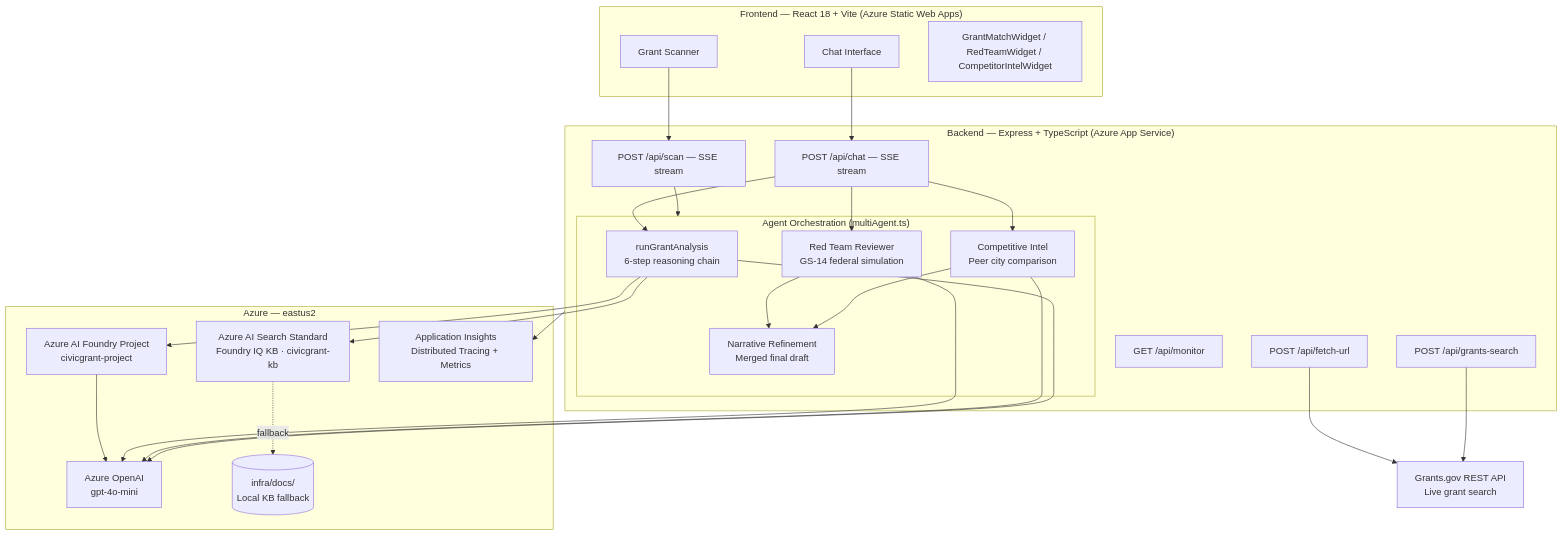
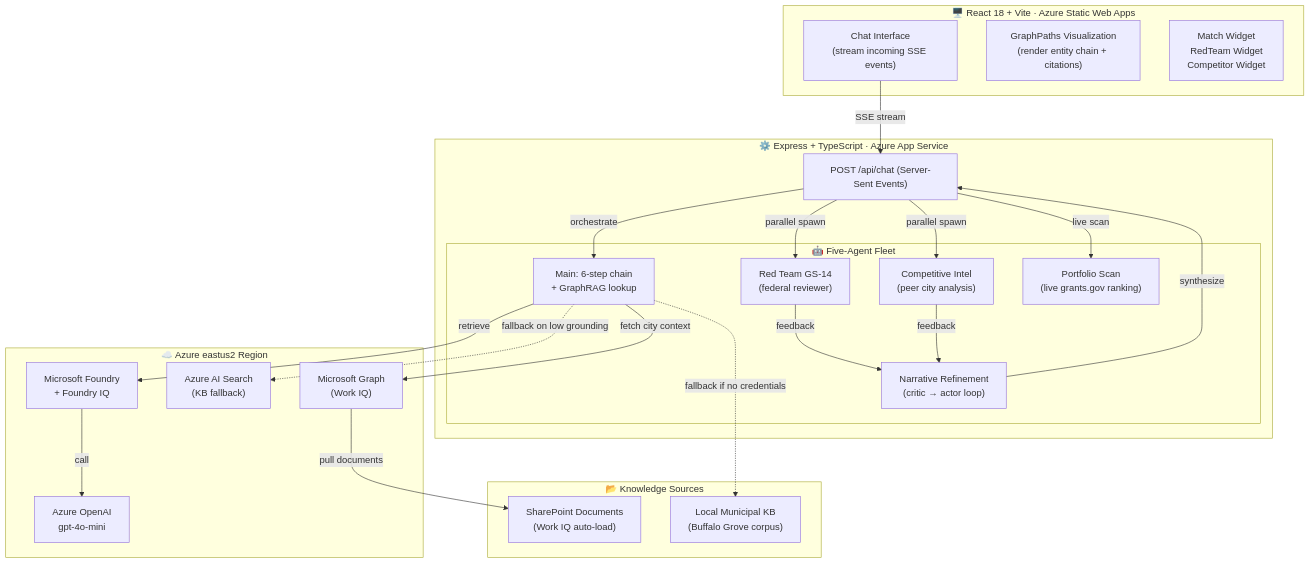
The diagram in README.md (JonEricEubanks/CivicGrant-IQ), drawn with Mermaid before and after one commit. The commit also changed other lines of this file and 66 other files, not shown here.

````diff
--- a/README.md
+++ b/README.md
@@ -59,48 +214,46 @@
 ```mermaid
 graph TD
-    subgraph Frontend["Frontend — React 18 + Vite (Azure Static Web Apps)"]
-        UI[Chat Interface]
-        Scanner[Grant Scanner]
-        Widgets[GrantMatchWidget / RedTeamWidget / CompetitorIntelWidget]
+    subgraph Frontend["🖥️ React 18 + Vite · Azure Static Web Apps"]
+        UI["Chat Interface<br/>(stream incoming SSE events)"]
+        GraphPanel["GraphPaths Visualization<br/>(render entity chain + citations)"]
+        Widgets["Match Widget<br/>RedTeam Widget<br/>Competitor Widget"]
     end
 
-    subgraph Backend["Backend — Express + TypeScript (Azure App Service)"]
-        Chat[POST /api/chat — SSE stream]
-        Scan[POST /api/scan — SSE stream]
-        FetchUrl[POST /api/fetch-url]
-        GrantsSearch[POST /api/grants-search]
-        Monitor[GET /api/monitor]
-
-        subgraph Agents["Agent Orchestration (multiAgent.ts)"]
-            Main["runGrantAnalysis\n6-step reasoning chain"]
-            RedTeam[Red Team Reviewer\nGS-14 federal simulation]
-            Competitor[Competitive Intel\nPeer city comparison]
-            Refinement[Narrative Refinement\nMerged final draft]
+    subgraph Backend["⚙️ Express + TypeScript · Azure App Service"]
+        Chat["POST /api/chat (Server-Sent Events)"]
+        
+        subgraph Agents["🤖 Five-Agent Fleet"]
+            Main["Main: 6-step chain<br/>+ GraphRAG lookup"]
+            RedTeam["Red Team GS-14<br/>(federal reviewer)"]
+            Competitor["Competitive Intel<br/>(peer city analysis)"]
+            Portfolio["Portfolio Scan<br/>(live grants.gov ranking)"]
+            Refinement["Narrative Refinement<br/>(critic → actor loop)"]
         end
     end
 
-    subgraph Azure["Azure — eastus2"]
-        FoundryProject[Azure AI Foundry Project\ncivicgrant-project]
-        AOAI[Azure OpenAI\ngpt-4o-mini]
-        Search[Azure AI Search Standard\nFoundry IQ KB · civicgrant-kb]
-        AppInsights[Application Insights\nDistributed Tracing + Metrics]
-        LocalKB[(infra/docs/\nLocal KB fallback)]
+    subgraph Azure["☁️ Azure eastus2 Region"]
+        Foundry["Microsoft Foundry<br/>+ Foundry IQ"]
+        AOAI["Azure OpenAI<br/>gpt-4o-mini"]
+        Search["Azure AI Search<br/>(KB fallback)"]
+        Graph["Microsoft Graph<br/>(Work IQ)"]
     end
 
-    External[Grants.gov REST API\nLive grant search]
+    subgraph Data["📂 Knowledge Sources"]
+        SharePoint["SharePoint Documents<br/>(Work IQ auto-load)"]
+        LocalKB["Local Municipal KB<br/>(Buffalo Grove corpus)"]
+    end
 
-    UI --> Chat
-    Scanner --> Scan
-    Chat --> Main
-    Main --> FoundryProject
-    FoundryProject --> AOAI
-    Main --> Search
-    Search -.->|fallback| LocalKB
-    Chat --> RedTeam & Competitor
-    RedTeam & Competitor --> Refinement
-    RedTeam & Competitor & Main --> AOAI
-    Scan --> Agents
-    FetchUrl --> External
-    GrantsSearch --> External
-    Backend --> AppInsights
+    UI -->|SSE stream| Chat
+    Chat -->|orchestrate| Main
+    Main -->|retrieve| Foundry
+    Foundry -->|call| AOAI
+    Main -.->|fallback on low grounding| Search
+    Main -->|fetch city context| Graph
+    Graph -->|pull documents| SharePoint
+    Main -.->|fallback if no credentials| LocalKB
+    Chat -->|parallel spawn| RedTeam
+    Chat -->|parallel spawn| Competitor
+    Chat -->|live scan| Portfolio
+    RedTeam & Competitor -->|feedback| Refinement
+    Refinement -->|synthesize| Chat
 ```
````
